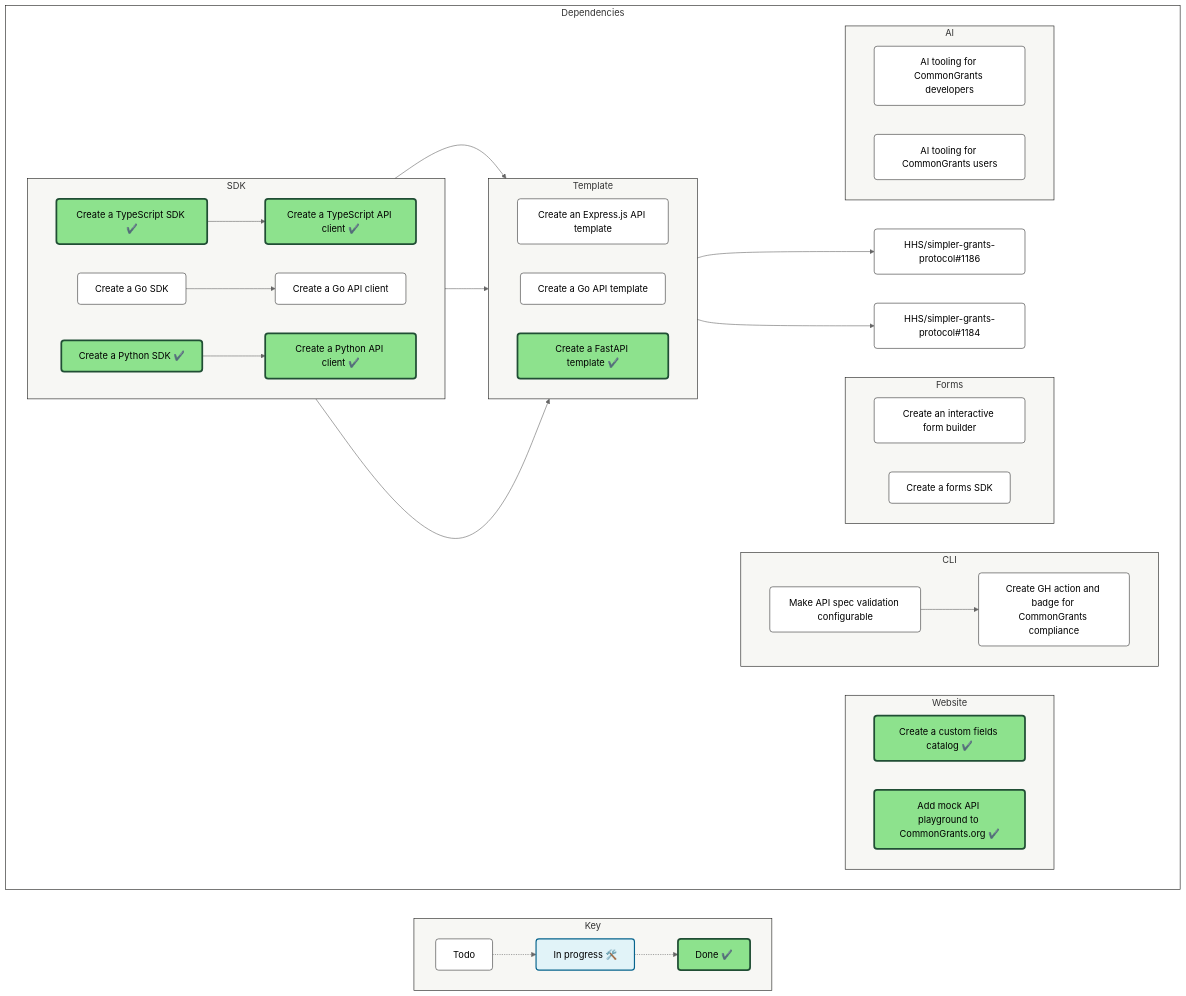
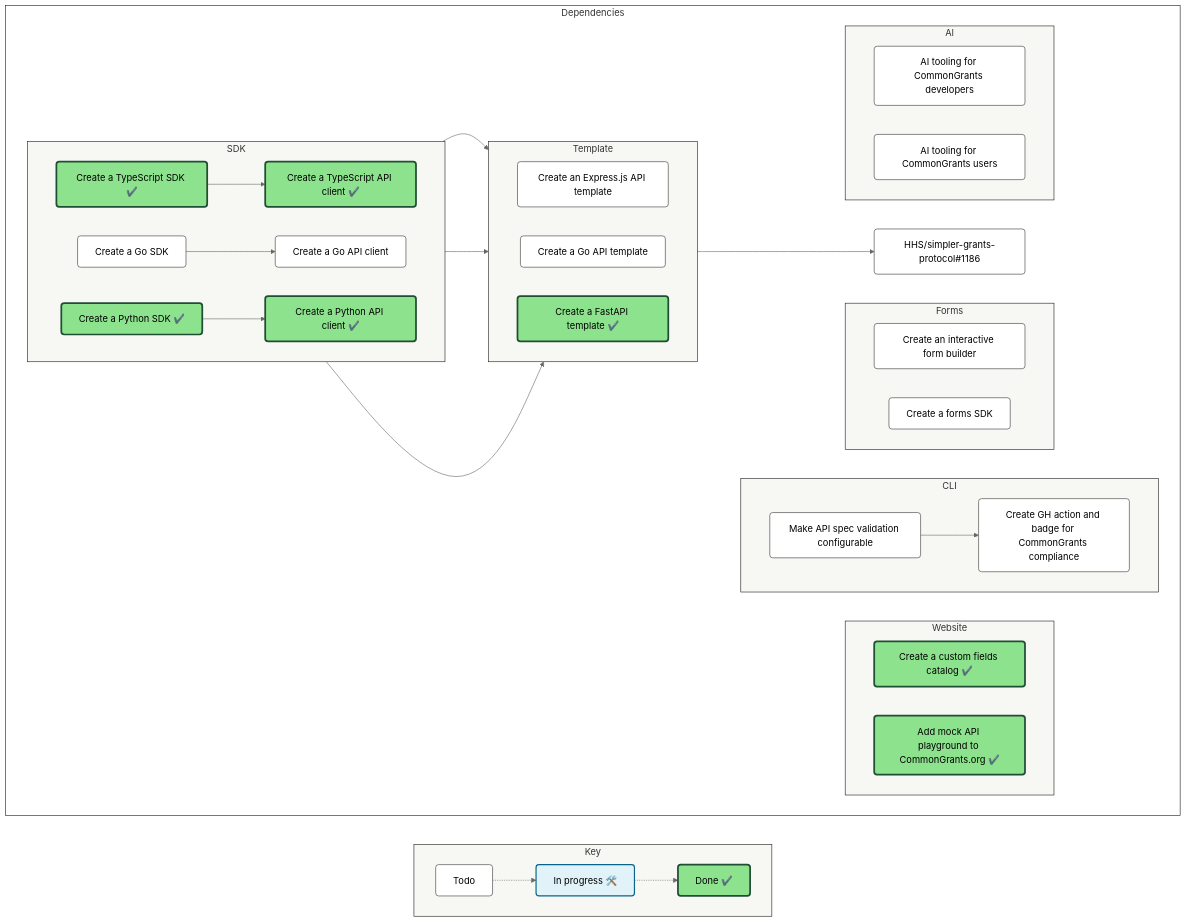
Before and after one commit to HHS/simpler-grants-protocol: the diagram in README.md, drawn with Mermaid (neutral theme). The commit also changed other lines of this file and 6 other files, not shown here.

```diff
--- a/README.md
+++ b/README.md
@@ -136,7 +137,6 @@
     HHS/simpler-grants-protocol#323 --> HHS/simpler-grants-protocol#329
     HHS/simpler-grants-protocol#331 --> HHS/simpler-grants-protocol#335
     HHS/simpler-grants-protocol#332 --> HHS/simpler-grants-protocol#1186
-    HHS/simpler-grants-protocol#332 --> HHS/simpler-grants-protocol#1184
     HHS/simpler-grants-protocol#342 --> HHS/simpler-grants-protocol#343
     HHS/simpler-grants-protocol#342 --> HHS/simpler-grants-protocol#324
 
```
